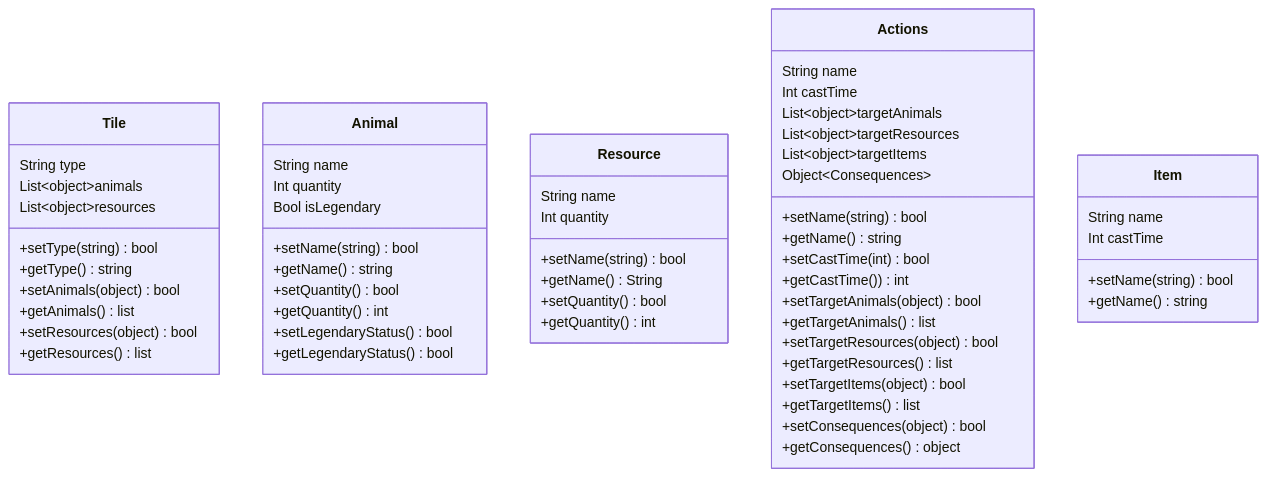
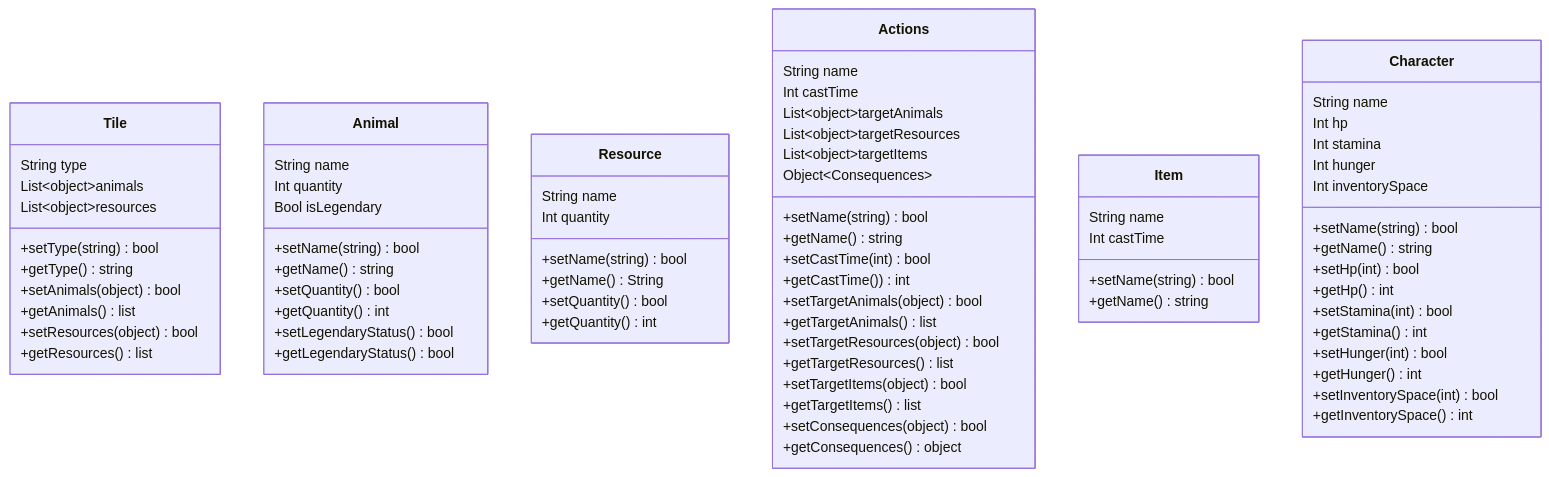
The diagram in README.md (Francisco970-hub/Exothium-World-JavaScript-Test), drawn with Mermaid before and after one commit.

````diff
--- a/README.md
+++ b/README.md
@@ -65,4 +65,22 @@
       +setName(string) bool
       +getName() string
     }
+    
+    class Character{
+      String name
+      Int hp
+      Int stamina
+      Int hunger
+      Int inventorySpace
+      +setName(string) bool
+      +getName() string
+      +setHp(int) bool
+      +getHp() int
+      +setStamina(int) bool
+      +getStamina() int
+      +setHunger(int) bool
+      +getHunger() int
+      +setInventorySpace(int) bool
+      +getInventorySpace() int
+    }
 ```
````
